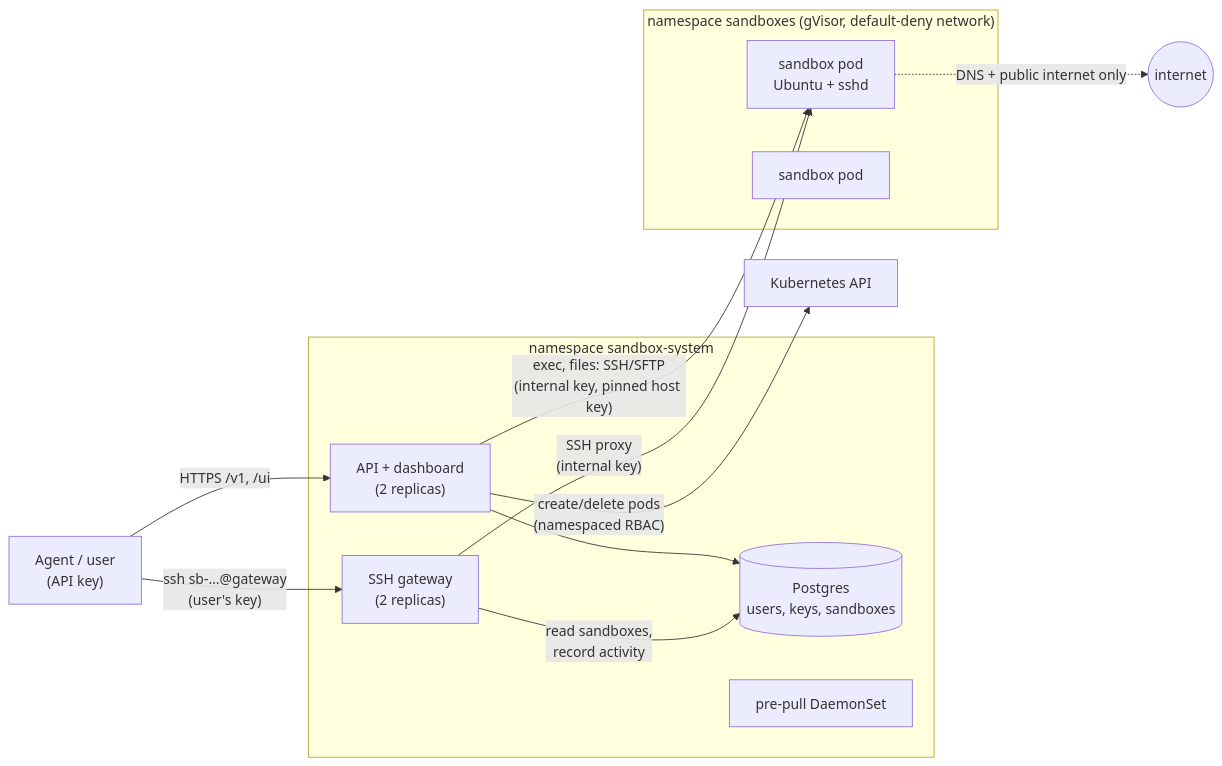
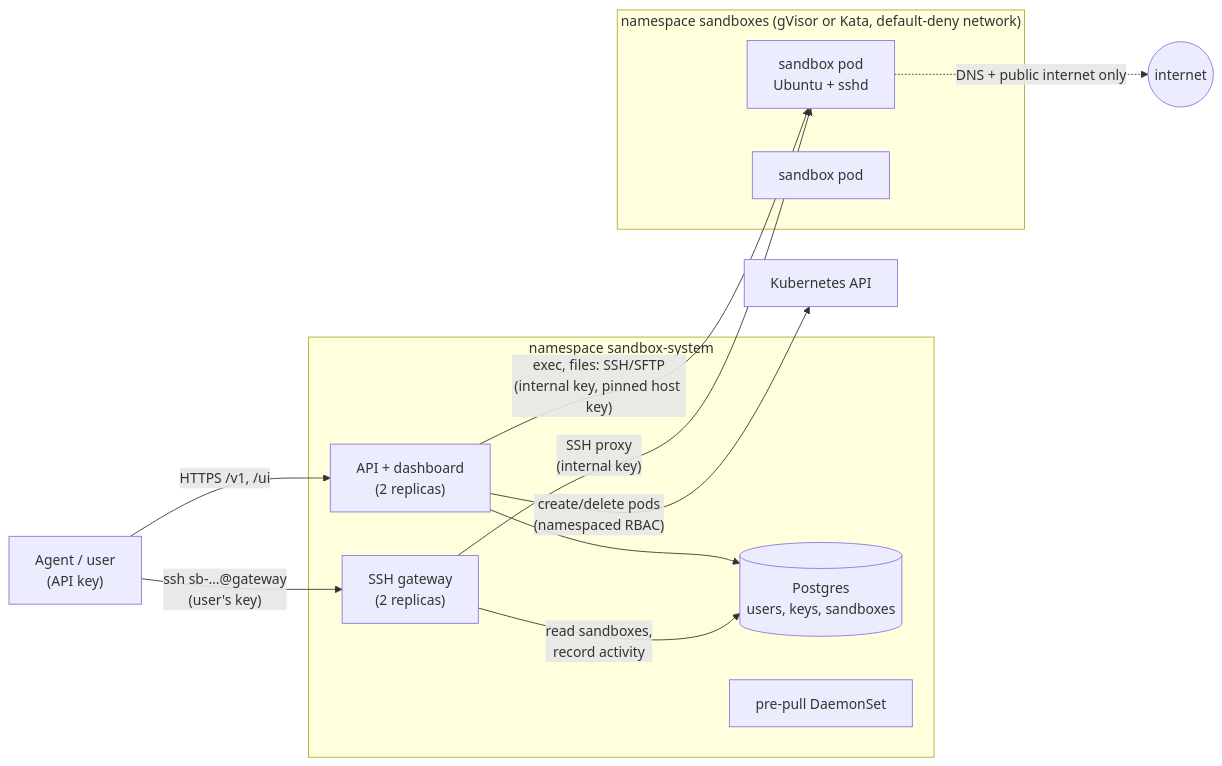
Before and after one commit to qfliu/sandbox-provider-temper: the diagram in README.md, drawn with Mermaid. The commit also changed other lines of this file and 3 other files, not shown here.

````diff
--- a/README.md
+++ b/README.md
@@ -65,21 +67,21 @@
 ```mermaid
 flowchart LR
   agent["Agent / user<br/>(API key)"] -- "HTTPS /v1, /ui" --> api
   agent -- "ssh sb-…@gateway<br/>(user's key)" --> gw
   subgraph sys["namespace sandbox-system"]
     api["API + dashboard<br/>(2 replicas)"]
     gw["SSH gateway<br/>(2 replicas)"]
     pg[("Postgres<br/>users, keys, sandboxes")]
     pre["pre-pull DaemonSet"]
   end
-  subgraph sbx["namespace sandboxes (gVisor, default-deny network)"]
+  subgraph sbx["namespace sandboxes (gVisor or Kata, default-deny network)"]
     s1["sandbox pod<br/>Ubuntu + sshd"]
     s2["sandbox pod"]
   end
   api -- "create/delete pods<br/>(namespaced RBAC)" --> k8s["Kubernetes API"]
   api -- "exec, files: SSH/SFTP<br/>(internal key, pinned host key)" --> s1
   gw -- "SSH proxy<br/>(internal key)" --> s1
   api --> pg
   gw -- "read sandboxes,<br/>record activity" --> pg
   s1 -. "DNS + public internet only" .-> net(("internet"))
 ```
````
